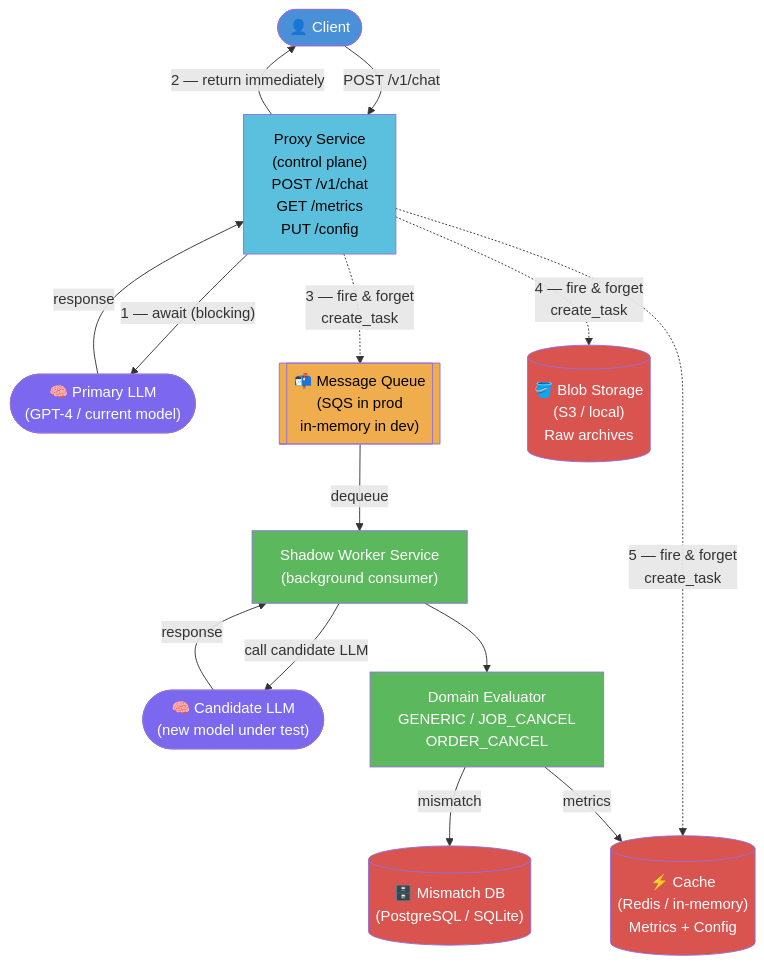
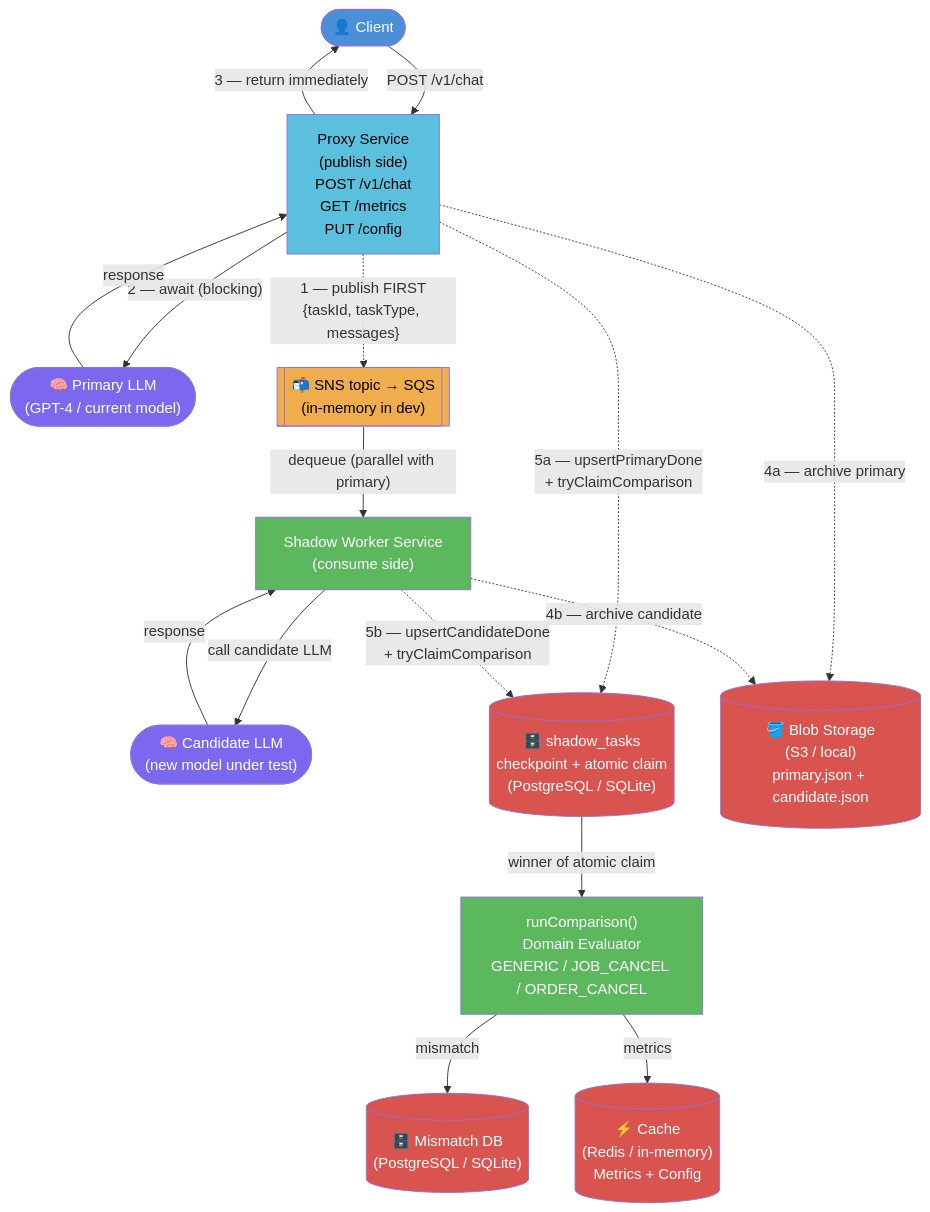
The first of 3 diagrams in README.md (tastaslim/digitalOcean), drawn with Mermaid before and after one commit. The commit also changed other lines of this file and 17 other files, not shown here.

````diff
--- a/README.md
+++ b/README.md
@@ -15,38 +21,45 @@
 ```mermaid
 graph TD
     Client(["👤 Client"])
-    Proxy["Proxy Service\n(control plane)\nPOST /v1/chat\nGET /metrics\nPUT /config"]
+    Proxy["Proxy Service\n(publish side)\nPOST /v1/chat\nGET /metrics\nPUT /config"]
     PrimaryLLM(["🧠 Primary LLM\n(GPT-4 / current model)"])
-    Queue[["📬 Message Queue\n(SQS in prod\nin-memory in dev)"]]
-    Worker["Shadow Worker Service\n(background consumer)"]
+    Queue[["📬 SNS topic → SQS\n(in-memory in dev)"]]
+    Worker["Shadow Worker Service\n(consume side)"]
     CandidateLLM(["🧠 Candidate LLM\n(new model under test)"])
-    Evaluator["Domain Evaluator\nGENERIC / JOB_CANCEL\nORDER_CANCEL"]
+    Checkpoint[("🗄️ shadow_tasks\ncheckpoint + atomic claim\n(PostgreSQL / SQLite)")]
+    Compare["runComparison()\nDomain Evaluator\nGENERIC / JOB_CANCEL / ORDER_CANCEL"]
     DB[("🗄️ Mismatch DB\n(PostgreSQL / SQLite)")]
     Cache[("⚡ Cache\n(Redis / in-memory)\nMetrics + Config")]
-    Storage[("🪣 Blob Storage\n(S3 / local)\nRaw archives")]
+    Storage[("🪣 Blob Storage\n(S3 / local)\nprimary.json + candidate.json")]
 
     Client -->|"POST /v1/chat"| Proxy
-    Proxy -->|"1 — await (blocking)"| PrimaryLLM
+    Proxy -.->|"1 — publish FIRST\n{taskId, taskType, messages}"| Queue
+    Proxy -->|"2 — await (blocking)"| PrimaryLLM
     PrimaryLLM -->|"response"| Proxy
-    Proxy -->|"2 — return immediately"| Client
-    Proxy -.->|"3 — fire & forget\ncreate_task"| Queue
-    Proxy -.->|"4 — fire & forget\ncreate_task"| Storage
-    Proxy -.->|"5 — fire & forget\ncreate_task"| Cache
-    Queue -->|"dequeue"| Worker
+    Proxy -->|"3 — return immediately"| Client
+
+    Queue -->|"dequeue (parallel with primary)"| Worker
     Worker -->|"call candidate LLM"| CandidateLLM
     CandidateLLM -->|"response"| Worker
-    Worker --> Evaluator
-    Evaluator -->|"mismatch"| DB
-    Evaluator -->|"metrics"| Cache
+
+    Proxy -.->|"4a — archive primary"| Storage
+    Worker -.->|"4b — archive candidate"| Storage
+    Proxy -.->|"5a — upsertPrimaryDone\n+ tryClaimComparison"| Checkpoint
+    Worker -.->|"5b — upsertCandidateDone\n+ tryClaimComparison"| Checkpoint
+
+    Checkpoint -->|"winner of atomic claim"| Compare
+    Compare -->|"mismatch"| DB
+    Compare -->|"metrics"| Cache
 
     style Client fill:#4a90d9,color:#fff
     style PrimaryLLM fill:#7b68ee,color:#fff
     style CandidateLLM fill:#7b68ee,color:#fff
     style Queue fill:#f0ad4e,color:#000
     style Worker fill:#5cb85c,color:#fff
     style Proxy fill:#5bc0de,color:#000
-    style Evaluator fill:#5cb85c,color:#fff
+    style Compare fill:#5cb85c,color:#fff
+    style Checkpoint fill:#d9534f,color:#fff
     style DB fill:#d9534f,color:#fff
     style Cache fill:#d9534f,color:#fff
     style Storage fill:#d9534f,color:#fff
 ```
````
